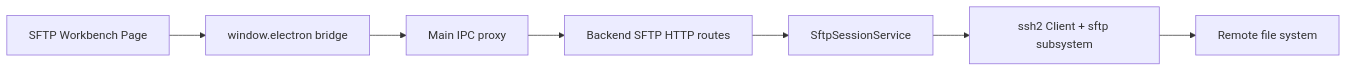
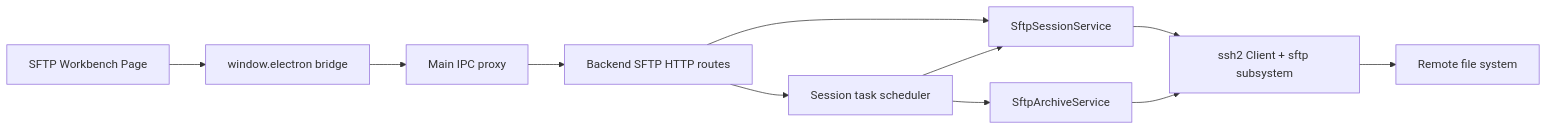
Before and after one commit to XYZ1024-alt/Cosmosh: the first of 2 diagrams in docs/developer/runtime/sftp-file-system.md, drawn with Mermaid. The commit also changed other lines of this file and 19 other files, not shown here.

Commit message:
feat(sftp): add backend task scheduling

````diff
--- a/docs/developer/runtime/sftp-file-system.md
+++ b/docs/developer/runtime/sftp-file-system.md
@@ -33,9 +33,13 @@
 ```mermaid
 flowchart LR
   UI[SFTP Workbench Page] --> BRIDGE[window.electron bridge]
   BRIDGE --> MAIN[Main IPC proxy]
   MAIN --> ROUTE[Backend SFTP HTTP routes]
+  ROUTE --> SCHEDULER[Session task scheduler]
   ROUTE --> SERVICE[SftpSessionService]
+  SCHEDULER --> SERVICE
+  SCHEDULER --> ARCHIVE[SftpArchiveService]
   SERVICE --> SSH2[ssh2 Client + sftp subsystem]
+  ARCHIVE --> SSH2
   SSH2 --> REMOTE[Remote file system]
 ```
````
